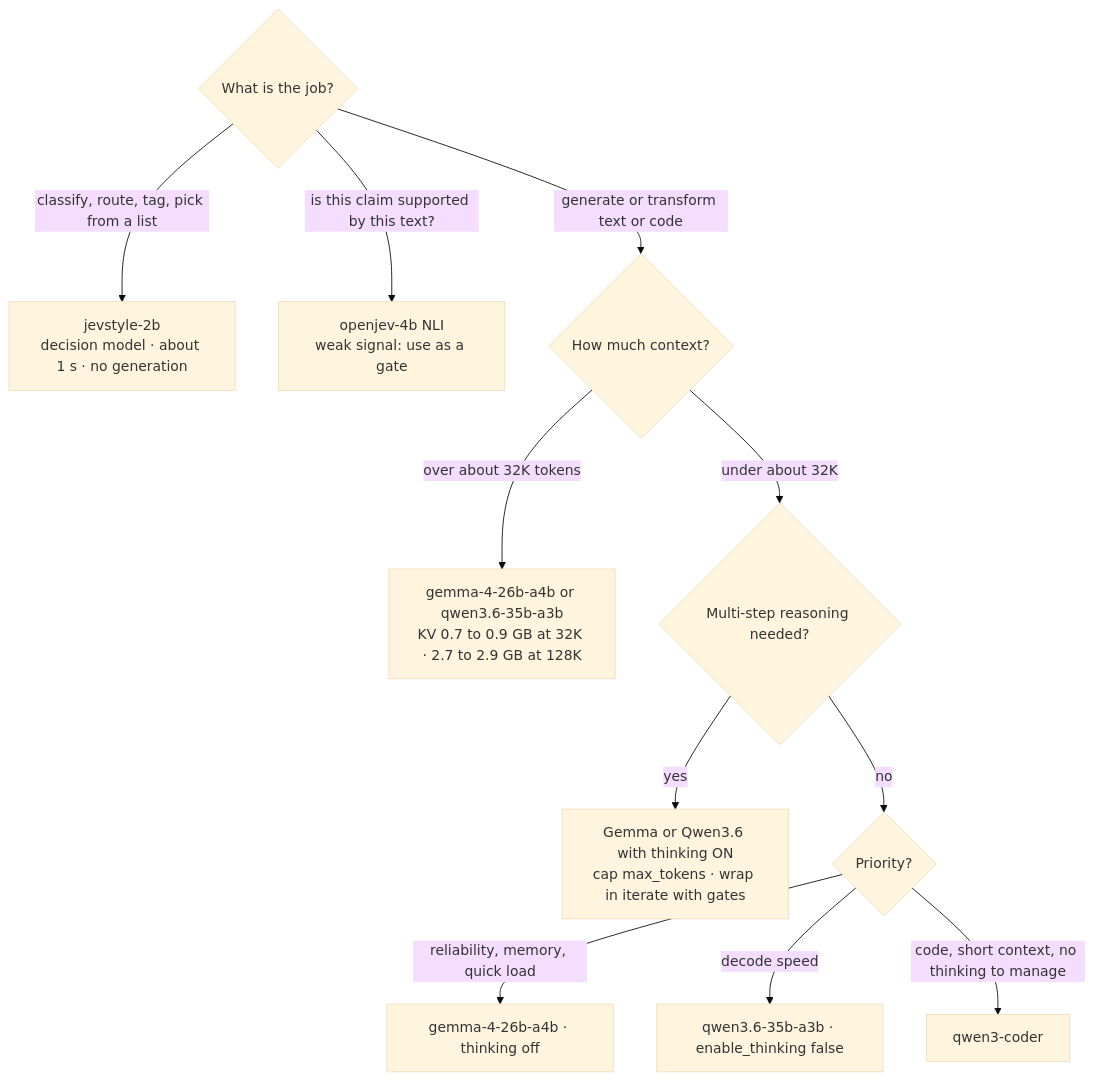
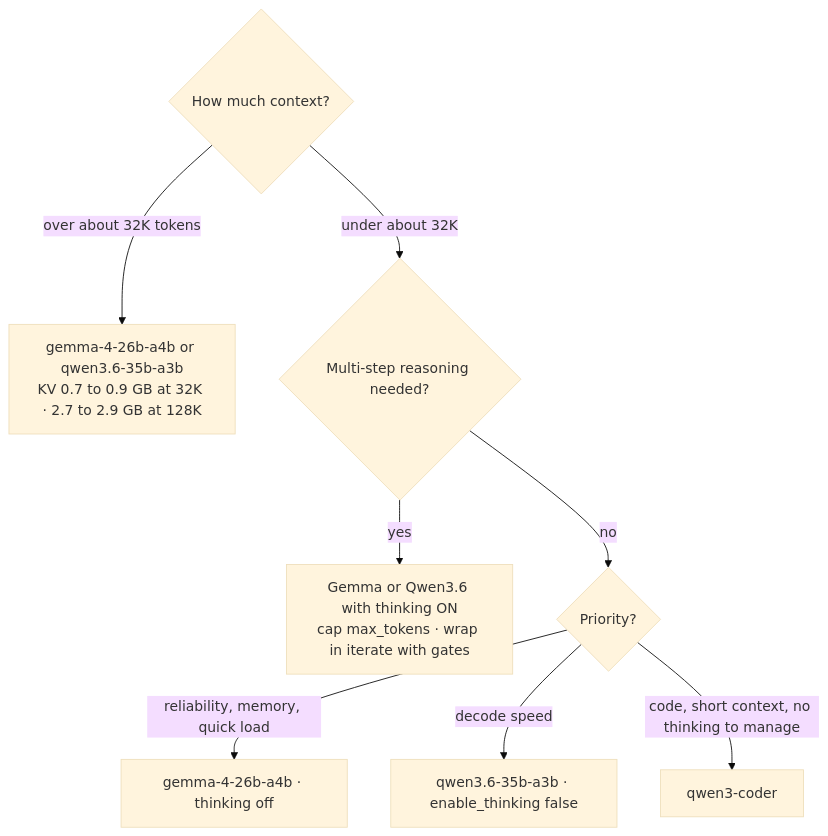
Before and after one commit to retronym/mlx-lm-setup: the second of 2 diagrams in docs/MODEL_GUIDE.md, drawn with Mermaid (base theme). The commit also changed other lines of this file, not shown here.

Commit message:
Model guide: vision, speech, transcription and search in the decision flow (text generation tree split out)

````diff
--- a/docs/MODEL_GUIDE.md
+++ b/docs/MODEL_GUIDE.md
@@ -21,14 +43,11 @@
 ```mermaid
 flowchart TD
-  Q{"What is the job?"}
-  Q -- "classify, route, tag, pick from a list" --> J["jevstyle-2b<br/>decision model · about 1 s · no generation"]
-  Q -- "is this claim supported by this text?" --> N["openjev-4b NLI<br/>weak signal: use as a gate"]
-  Q -- "generate or transform text or code" --> C{"How much context?"}
+  C{"How much context?"}
   C -- "over about 32K tokens" --> L["gemma-4-26b-a4b or qwen3.6-35b-a3b<br/>KV 0.7 to 0.9 GB at 32K · 2.7 to 2.9 GB at 128K"]
   C -- "under about 32K" --> R{"Multi-step reasoning needed?"}
   R -- "yes" --> TH["Gemma or Qwen3.6 with thinking ON<br/>cap max_tokens · wrap in iterate with gates"]
   R -- "no" --> M{"Priority?"}
   M -- "reliability, memory, quick load" --> GE["gemma-4-26b-a4b · thinking off"]
   M -- "decode speed" --> QW["qwen3.6-35b-a3b · enable_thinking false"]
   M -- "code, short context, no thinking to manage" --> QC["qwen3-coder"]
 ```
````
